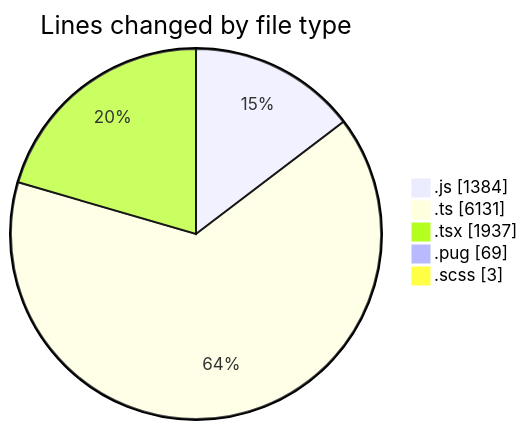
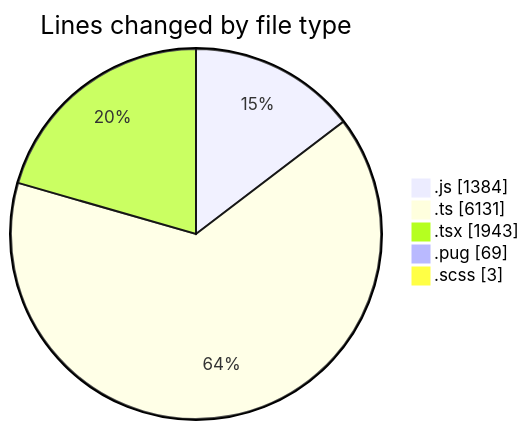
One commit to momahboobian/code-tracking changed the first of 2 diagrams in 2025-03-25/cda/README.md. Above: the diagram before and after it, drawn with Mermaid. The commit also changed other lines of this file and 1 other file, not shown here.

````diff
--- a/2025-03-25/cda/README.md
+++ b/2025-03-25/cda/README.md
@@ -38,9 +38,9 @@
 ```mermaid
 pie showData
 title Lines changed by file type
 ".js" : 1384
 ".ts" : 6131
-".tsx" : 1937
+".tsx" : 1943
 ".pug" : 69
 ".scss" : 3
 ```
````
